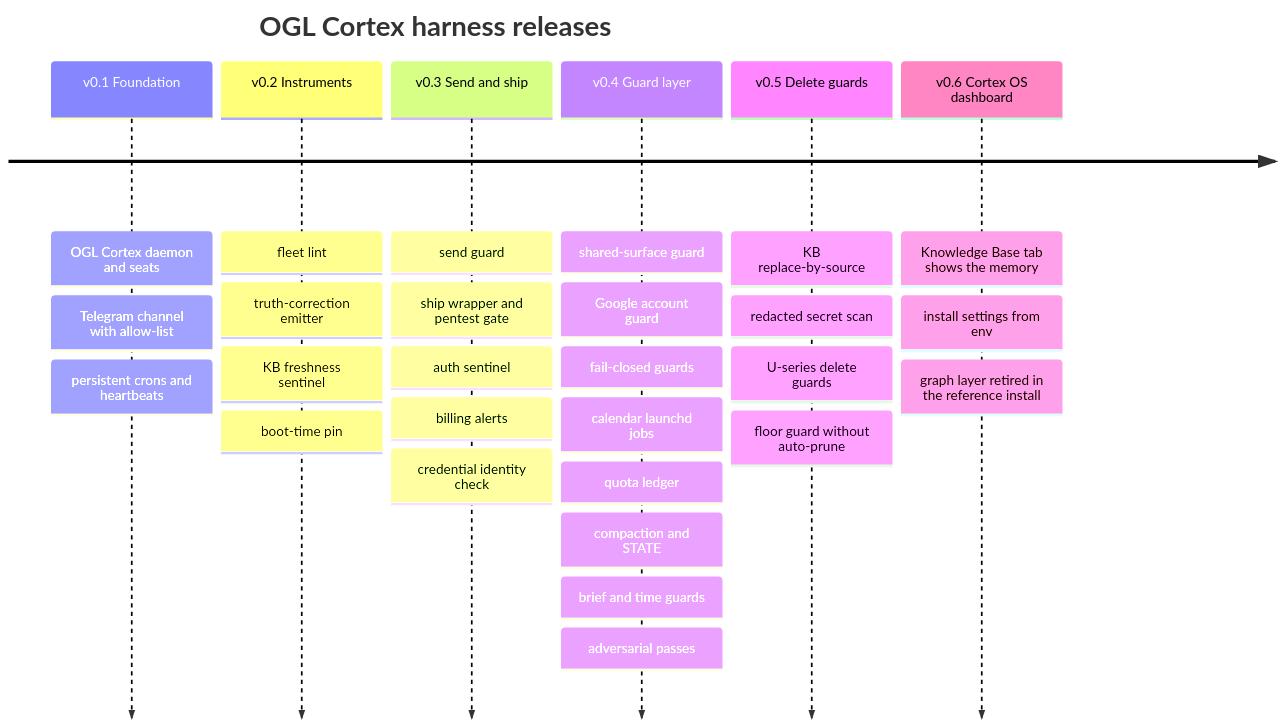
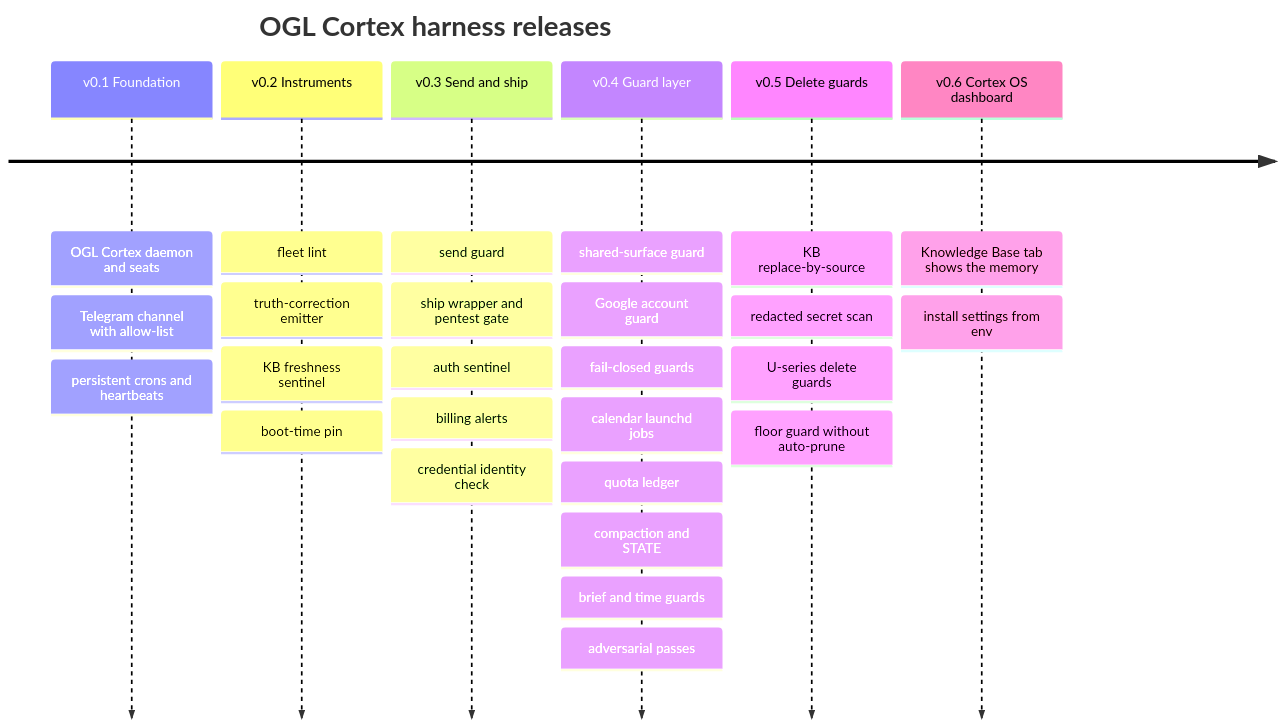
Before and after one commit to nicoreincarnate-oss/ogl-cortex: the diagram in docs/34-changelog.md, drawn with Mermaid. The commit also changed other lines of this file and 18 other files, not shown here.

First line of the commit message:
Docs: memory without a graph layer

````diff
--- a/docs/34-changelog.md
+++ b/docs/34-changelog.md
@@ -13,10 +13,10 @@
 ```mermaid
 timeline
     title OGL Cortex harness releases
     v0.1 Foundation : OGL Cortex daemon and seats : Telegram channel with allow-list : persistent crons and heartbeats
     v0.2 Instruments : fleet lint : truth-correction emitter : KB freshness sentinel : boot-time pin
     v0.3 Send and ship : send guard : ship wrapper and pentest gate : auth sentinel : billing alerts : credential identity check
     v0.4 Guard layer : shared-surface guard : Google account guard : fail-closed guards : calendar launchd jobs : quota ledger : compaction and STATE : brief and time guards : adversarial passes
     v0.5 Delete guards : KB replace-by-source : redacted secret scan : U-series delete guards : floor guard without auto-prune
-    v0.6 Cortex OS dashboard : Knowledge Base tab shows the memory : install settings from env : graph layer retired in the reference install
+    v0.6 Cortex OS dashboard : Knowledge Base tab shows the memory : install settings from env
 ```
````
